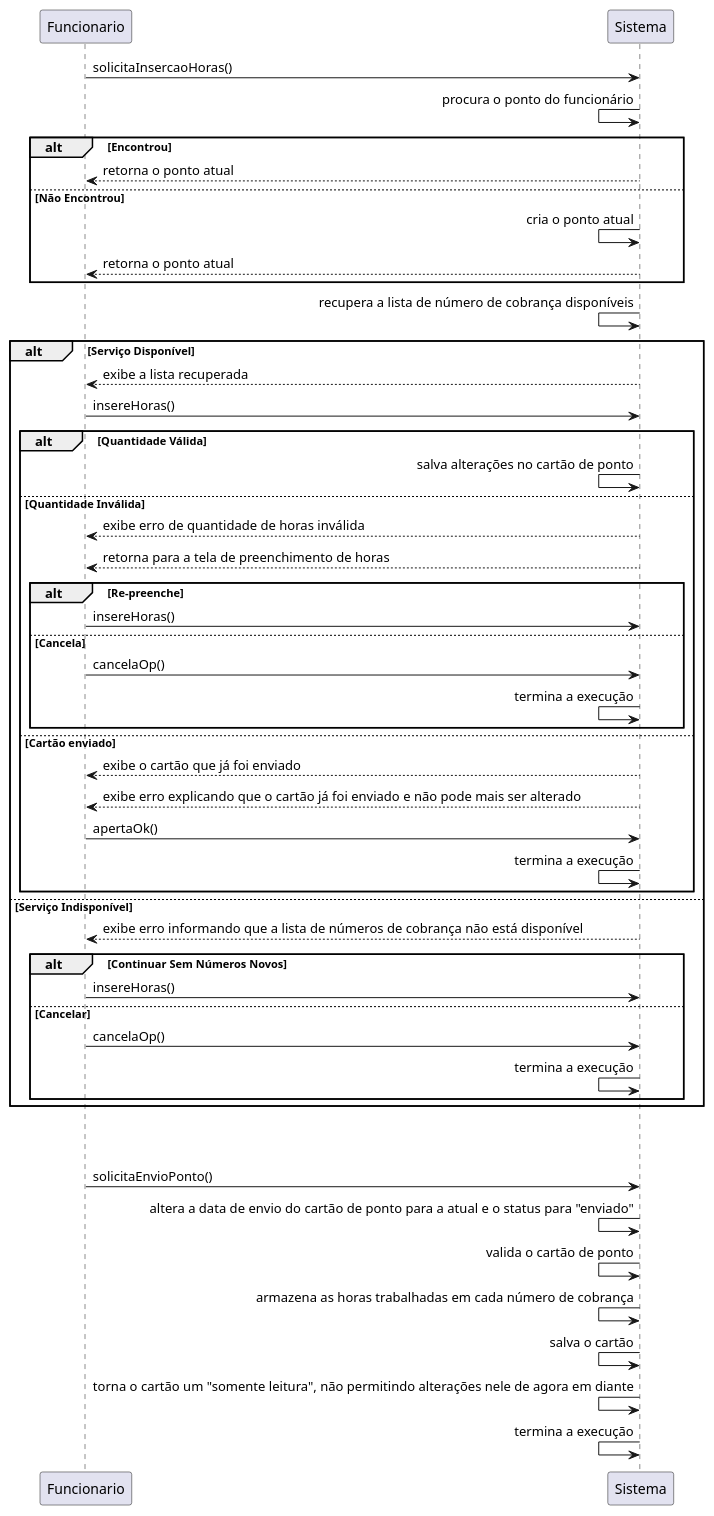
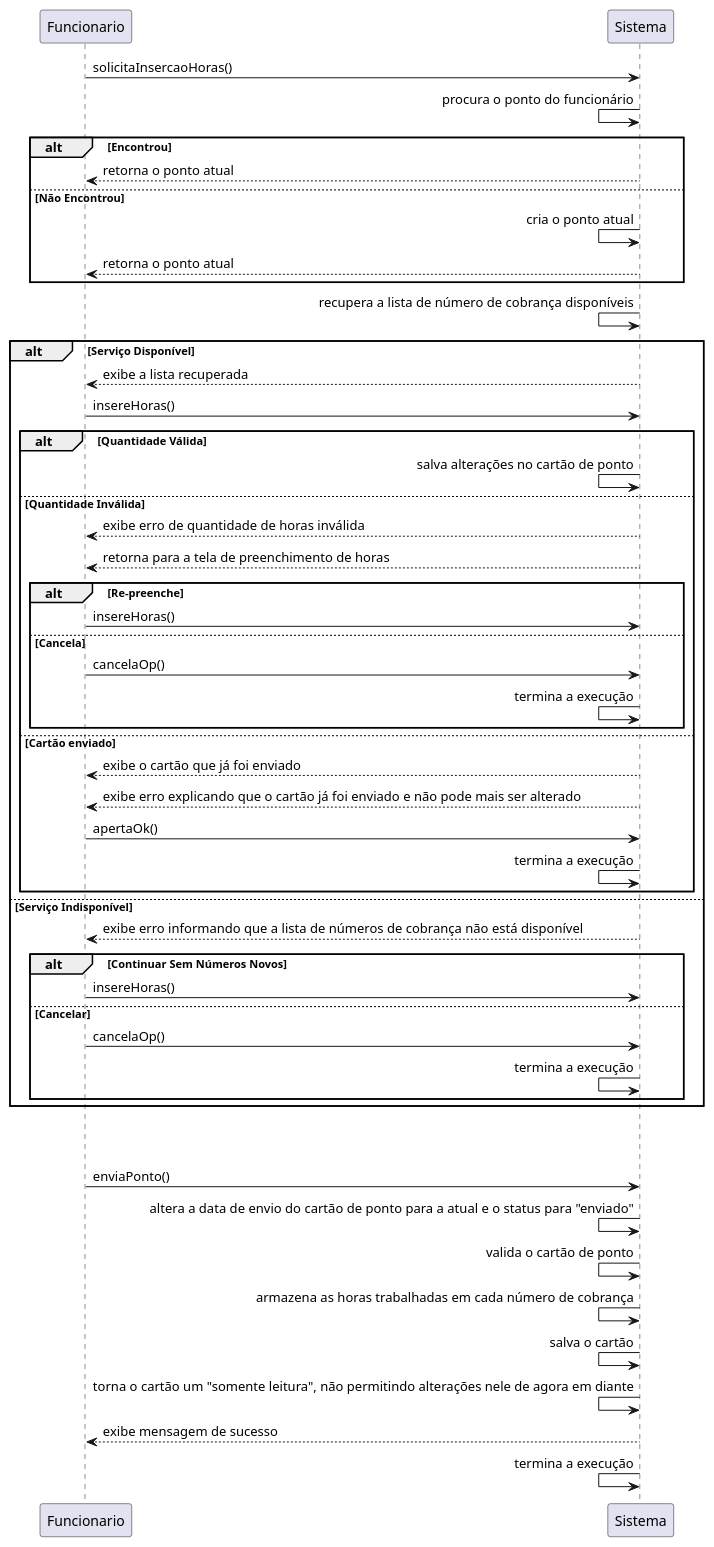
The diagram in casos_de_uso/caso-7/7-DSS.plantuml (tikaradate/CI1163-Design_de_Software), drawn with PlantUML before and after one commit. The commit also changed 3 other files, not shown here.

```diff
--- a/casos_de_uso/caso-7/7-DSS.plantuml
+++ b/casos_de_uso/caso-7/7-DSS.plantuml
@@ -1,73 +1,74 @@
 @startuml
 Funcionario -> Sistema : solicitaInsercaoHoras()
 Sistema <- Sistema : procura o ponto do funcionário
 
 alt Encontrou
     Funcionario <-- Sistema : retorna o ponto atual
 else Não Encontrou
     Sistema <- Sistema : cria o ponto atual
     Funcionario <-- Sistema : retorna o ponto atual
 end
 
 Sistema <- Sistema : recupera a lista de número de cobrança disponíveis
 
 alt Serviço Disponível
 
     Funcionario <-- Sistema : exibe a lista recuperada
     Funcionario -> Sistema : insereHoras()
 
     alt Quantidade Válida
 
         Sistema <- Sistema : salva alterações no cartão de ponto
 
     else Quantidade Inválida
 
         Funcionario <-- Sistema : exibe erro de quantidade de horas inválida
         Funcionario <-- Sistema : retorna para a tela de preenchimento de horas
 
         alt Re-preenche
 
             Funcionario -> Sistema : insereHoras()
 
         else Cancela
 
             Funcionario -> Sistema : cancelaOp()
             Sistema <- Sistema : termina a execução
 
         end
 
     else Cartão enviado
 
         Funcionario <-- Sistema : exibe o cartão que já foi enviado
         Funcionario <-- Sistema : exibe erro explicando que o cartão já foi enviado e não pode mais ser alterado
         Funcionario -> Sistema : apertaOk()
         Sistema <- Sistema : termina a execução
 
     end
 
 else Serviço Indisponível
 
     Funcionario <-- Sistema : exibe erro informando que a lista de números de cobrança não está disponível
     
     alt Continuar Sem Números Novos
 
         Funcionario -> Sistema : insereHoras()
 
     else Cancelar
 
         Funcionario -> Sistema : cancelaOp()
         Sistema <- Sistema : termina a execução
 
     end
 end
 |||
 |||
-Funcionario -> Sistema : solicitaEnvioPonto()
+Funcionario -> Sistema : enviaPonto()
 Sistema <- Sistema : altera a data de envio do cartão de ponto para a atual e o status para "enviado"
 Sistema <- Sistema : valida o cartão de ponto
 Sistema <- Sistema : armazena as horas trabalhadas em cada número de cobrança
 Sistema <- Sistema : salva o cartão
 Sistema <- Sistema : torna o cartão um "somente leitura", não permitindo alterações nele de agora em diante
+Funcionario <-- Sistema : exibe mensagem de sucesso
 Sistema <- Sistema : termina a execução
 
 @enduml
```
